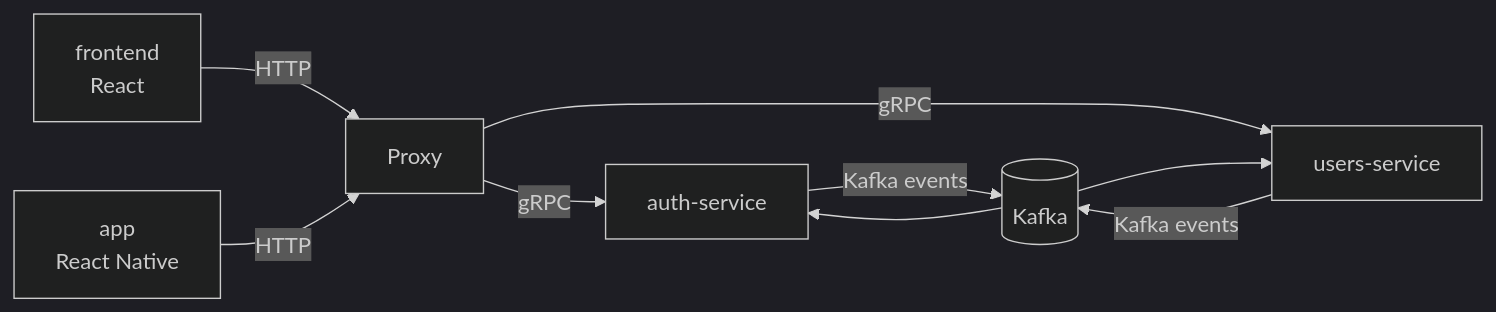
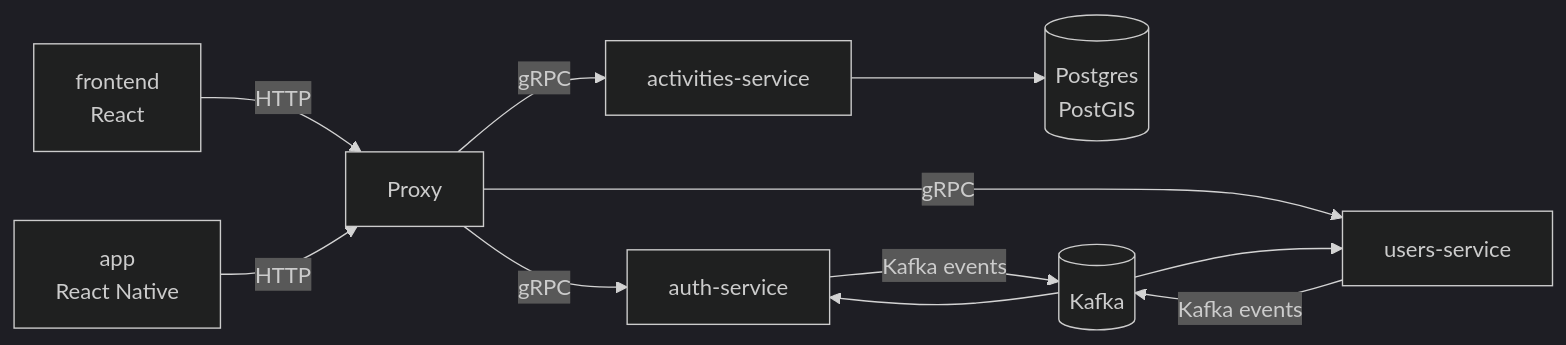
One commit to Mateja97/roamly changed the diagram in ARCHITECTURE.md. Above: the diagram before and after it, drawn with Mermaid (dark theme). The commit also changed other lines of this file, not shown here.

Commit message:
docs(architecture): add activities-service to service map and table

````diff
--- a/ARCHITECTURE.md
+++ b/ARCHITECTURE.md
@@ -23,11 +23,13 @@
 ```mermaid
 graph LR
     FE[frontend<br/>React] -->|HTTP| Proxy
     App[app<br/>React Native] -->|HTTP| Proxy
     Proxy -->|gRPC| Auth[auth-service]
     Proxy -->|gRPC| Users[users-service]
+    Proxy -->|gRPC| Activities[activities-service]
+    Activities --> PG[(Postgres<br/>PostGIS)]
     Auth -->|Kafka events| K[(Kafka)]
     Users -->|Kafka events| K
     K --> Users
     K --> Auth
 ```
````
